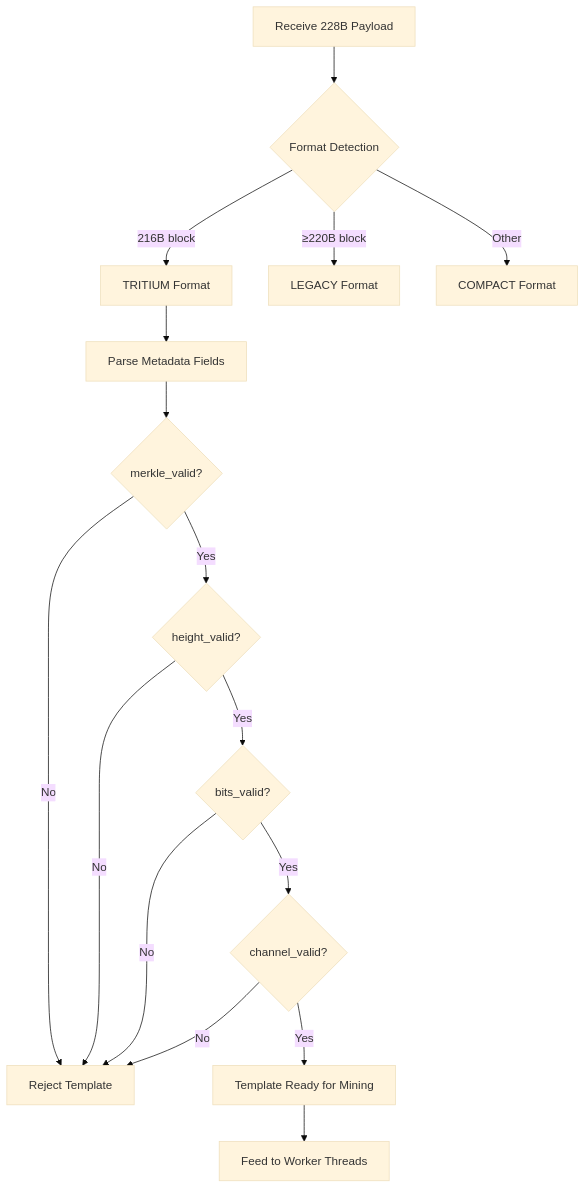
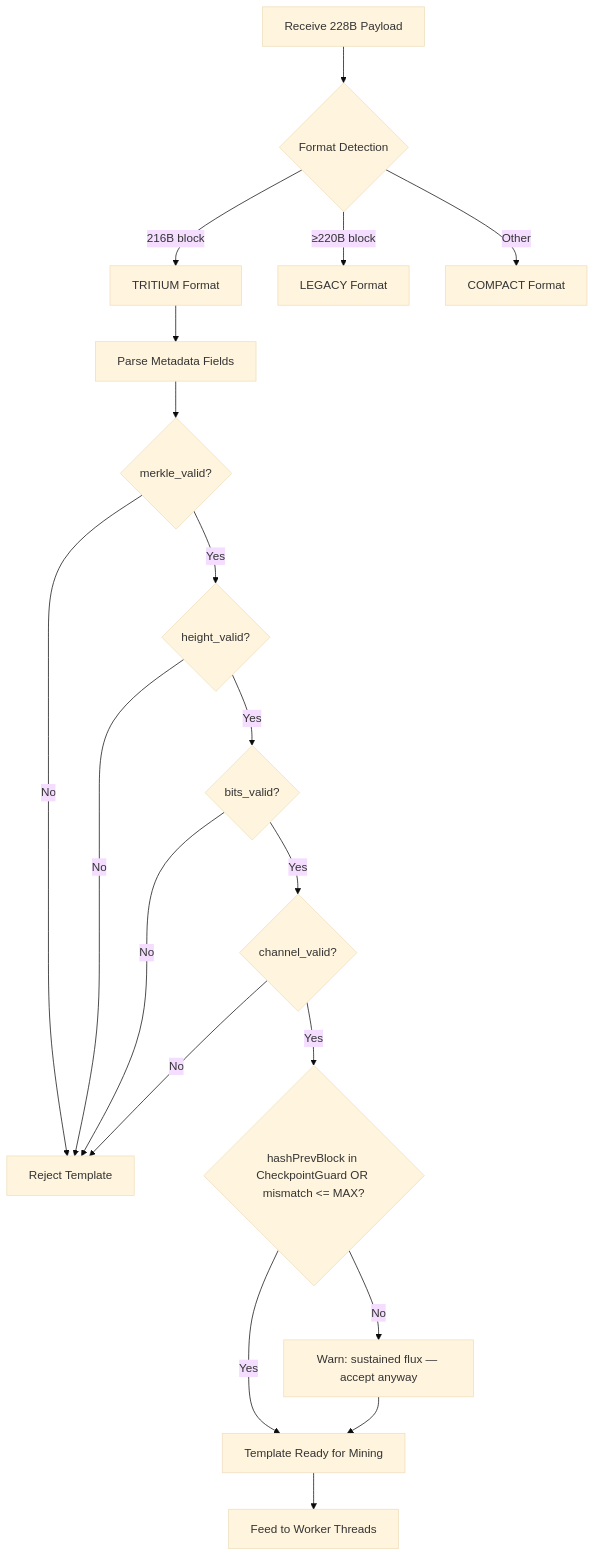
Before and after one commit to NamecoinGithub/NexusMiner: the second of 2 diagrams in docs/diagrams/mining-loops/template-lifecycle.md, drawn with Mermaid (base theme). The commit also changed other lines of this file and 5 other files, not shown here.

First line of the commit message:
Update docs for PRs #605-#607: advisory hashPrevBlock, HashCheckpointGuard, unified_height gate, atomic pending flag

````diff
--- a/docs/diagrams/mining-loops/template-lifecycle.md
+++ b/docs/diagrams/mining-loops/template-lifecycle.md
@@ -44,18 +46,21 @@
 ```mermaid
 flowchart TD
     A[Receive 228B Payload] --> B{Format Detection}
     B -- "216B block" --> C[TRITIUM Format]
     B -- "≥220B block" --> D[LEGACY Format]
     B -- "Other" --> E[COMPACT Format]
     C --> F[Parse Metadata Fields]
     F --> G{merkle_valid?}
     G -- No --> H[Reject Template]
     G -- Yes --> I{height_valid?}
     I -- No --> H
     I -- Yes --> J{bits_valid?}
     J -- No --> H
     J -- Yes --> K{channel_valid?}
     K -- No --> H
-    K -- Yes --> L[Template Ready for Mining]
+    K -- Yes --> P{hashPrevBlock in CheckpointGuard OR mismatch <= MAX?}
+    P -- Yes --> L[Template Ready for Mining]
+    P -- No  --> Q[Warn: sustained flux — accept anyway]
+    Q --> L
     L --> M[Feed to Worker Threads]
 ```
````
